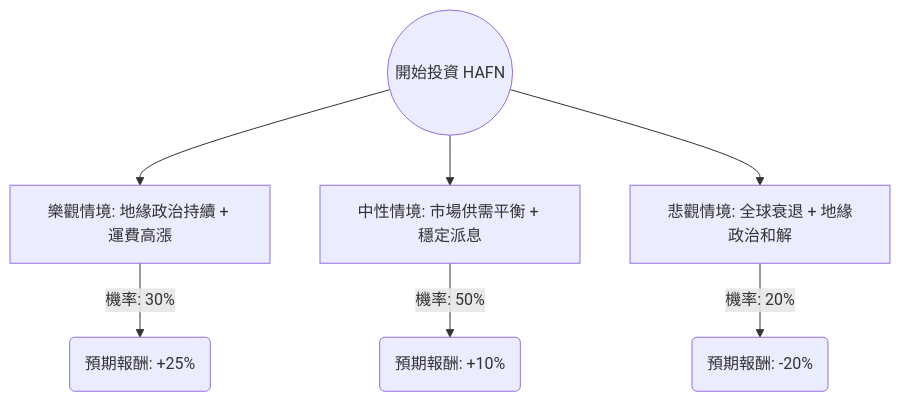
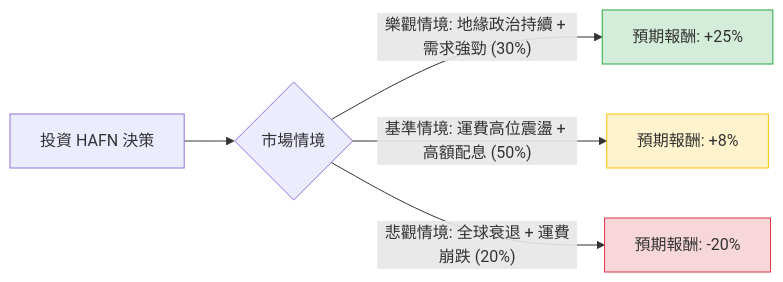
One commit to zmcx16/zmcx16.github.io changed the diagram in plugin-react/ai-analysis/ev-analysis/HAFN.md. Above: the diagram before and after it, drawn with Mermaid. The commit also changed other lines of this file and 80 other files, not shown here.

````diff
--- a/plugin-react/ai-analysis/ev-analysis/HAFN.md
+++ b/plugin-react/ai-analysis/ev-analysis/HAFN.md
@@ -23,10 +20,12 @@
 ```mermaid
-graph TD
-    Start((開始投資 HAFN)) --> Bull[樂觀情境: 地緣政治持續 + 運費高漲]
-    Start --> Base[中性情境: 市場供需平衡 + 穩定派息]
-    Start --> Bear[悲觀情境: 全球衰退 + 地緣政治和解]
+graph LR
+    A[投資 HAFN 決策] --> B{市場情境}
+    
+    B -- 樂觀情境: 地緣政治持續 + 需求強勁 (30%) --> C[預期報酬: +25%]
+    B -- 基準情境: 運費高位震盪 + 高額配息 (50%) --> D[預期報酬: +8%]
+    B -- 悲觀情境: 全球衰退 + 運費崩跌 (20%) --> E[預期報酬: -20%]
 
-    Bull -- "機率: 30%" --> BullResult(預期報酬: +25%)
-    Base -- "機率: 50%" --> BaseResult(預期報酬: +10%)
-    Bear -- "機率: 20%" --> BearResult(預期報酬: -20%)
+    style C fill:#d4edda,stroke:#28a745
+    style D fill:#fff3cd,stroke:#ffc107
+    style E fill:#f8d7da,stroke:#dc3545
 ```
````
